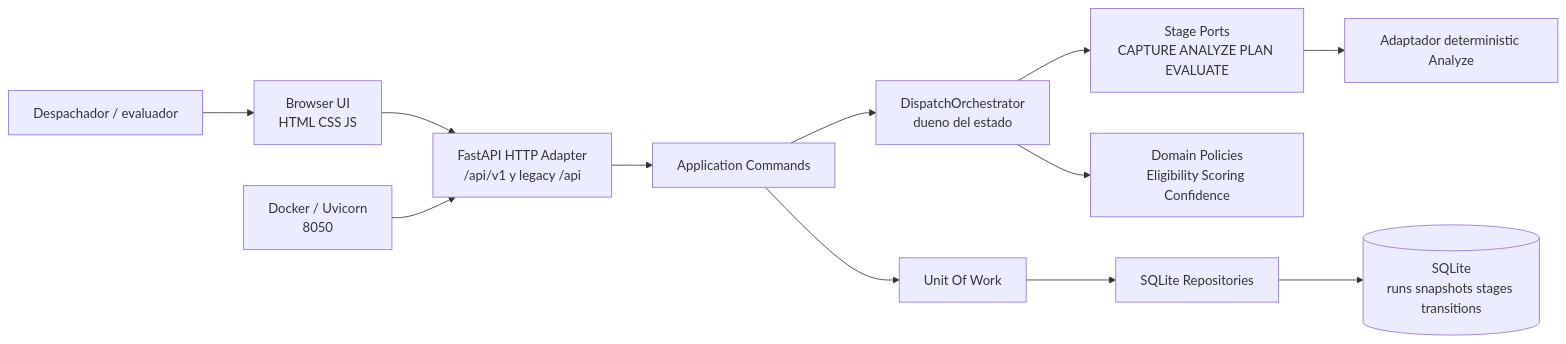
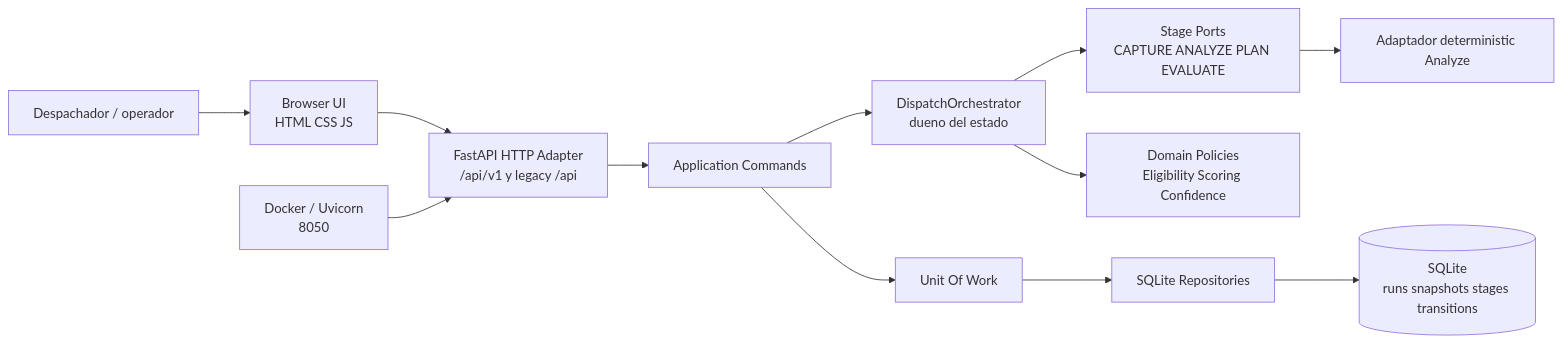
The first of 3 diagrams in docs/final-report-ready.md (rossanny25/smart-dispatch), drawn with Mermaid before and after one commit. The commit also changed other lines of this file and 10 other files, not shown here.

Commit message:
Refine report tone and product roadmap

````diff
--- a/docs/final-report-ready.md
+++ b/docs/final-report-ready.md
@@ -77,14 +77,14 @@
 ```mermaid
 flowchart LR
-  User["Despachador / evaluador"] --> Browser["Browser UI<br/>HTML CSS JS"]
+  User["Despachador / operador"] --> Browser["Browser UI<br/>HTML CSS JS"]
   Browser --> API["FastAPI HTTP Adapter<br/>/api/v1 y legacy /api"]
   API --> Commands["Application Commands"]
   Commands --> Orchestrator["DispatchOrchestrator<br/>dueno del estado"]
   Orchestrator --> Stages["Stage Ports<br/>CAPTURE ANALYZE PLAN EVALUATE"]
   Stages --> Analyze["Adaptador deterministic Analyze"]
   Orchestrator --> Policies["Domain Policies<br/>Eligibility Scoring Confidence"]
   Commands --> UOW["Unit Of Work"]
   UOW --> Repos["SQLite Repositories"]
   Repos --> DB[("SQLite<br/>runs snapshots stages transitions")]
   Runtime["Docker / Uvicorn<br/>8050"] --> API
 ```
````
